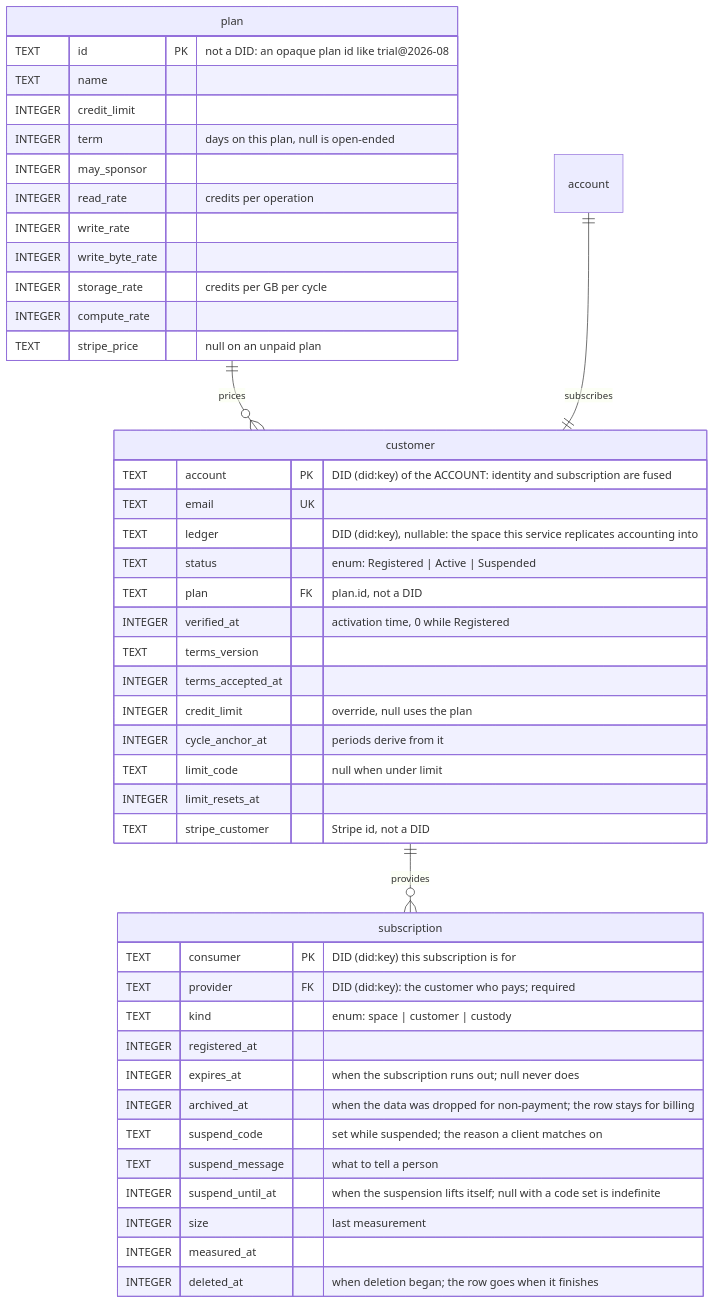
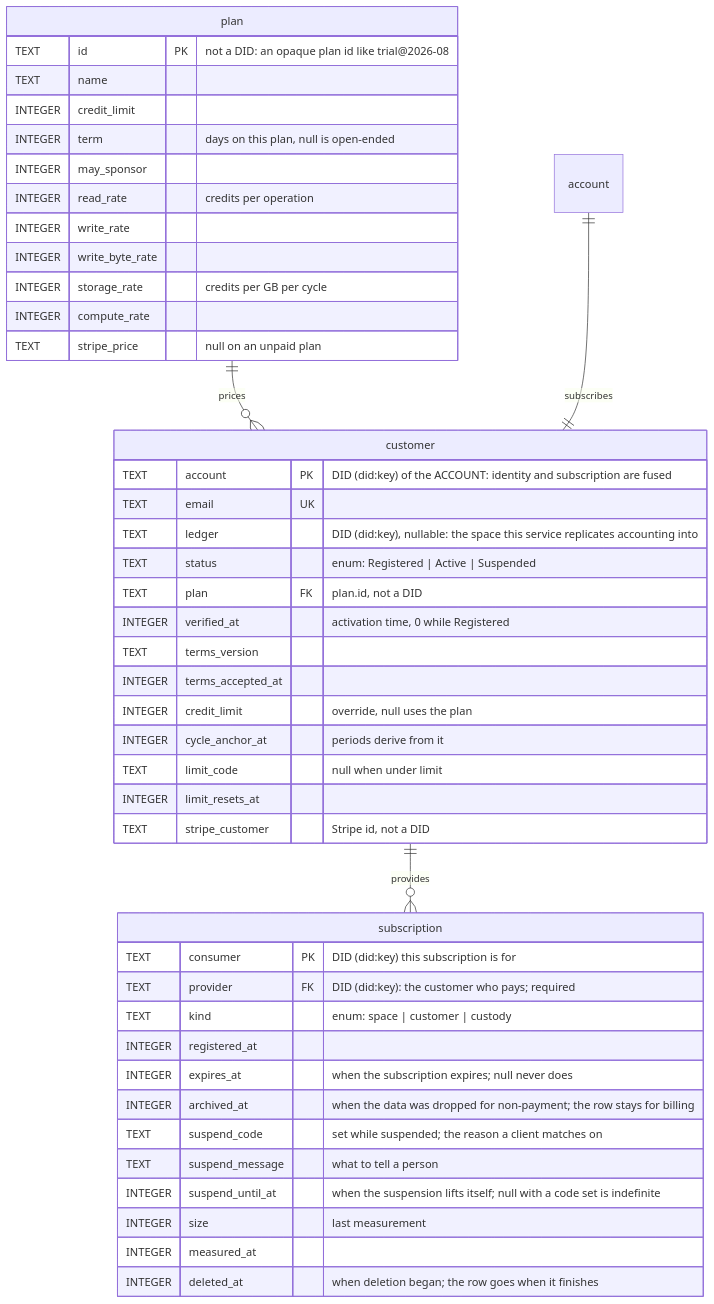
Before and after one commit to tonk-labs/tonk: the first of 4 diagrams in docs/access-control-schema.md, drawn with Mermaid. The commit also changed other lines of this file and 4 other files, not shown here.

````diff
--- a/docs/access-control-schema.md
+++ b/docs/access-control-schema.md
@@ -13,51 +13,51 @@
 ```mermaid
 erDiagram
     plan ||--o{ customer : prices
     account ||--|| customer : subscribes
     customer ||--o{ subscription : provides
 
     plan {
         TEXT id PK "not a DID: an opaque plan id like trial@2026-08"
         TEXT name
         INTEGER credit_limit
         INTEGER term "days on this plan, null is open-ended"
         INTEGER may_sponsor
         INTEGER read_rate "credits per operation"
         INTEGER write_rate
         INTEGER write_byte_rate
         INTEGER storage_rate "credits per GB per cycle"
         INTEGER compute_rate
         TEXT stripe_price "null on an unpaid plan"
     }
 
     customer {
         TEXT account PK "DID (did:key) of the ACCOUNT: identity and subscription are fused"
         TEXT email UK
         TEXT ledger "DID (did:key), nullable: the space this service replicates accounting into"
         TEXT status "enum: Registered | Active | Suspended"
         TEXT plan FK "plan.id, not a DID"
         INTEGER verified_at "activation time, 0 while Registered"
         TEXT terms_version
         INTEGER terms_accepted_at
         INTEGER credit_limit "override, null uses the plan"
         INTEGER cycle_anchor_at "periods derive from it"
         TEXT limit_code "null when under limit"
         INTEGER limit_resets_at
         TEXT stripe_customer "Stripe id, not a DID"
     }
 
     subscription {
         TEXT consumer PK "DID (did:key) this subscription is for"
         TEXT provider FK "DID (did:key): the customer who pays; required"
         TEXT kind "enum: space | customer | custody"
         INTEGER registered_at
-        INTEGER expires_at "when the subscription runs out; null never does"
+        INTEGER expires_at "when the subscription expires; null never does"
         INTEGER archived_at "when the data was dropped for non-payment; the row stays for billing"
         TEXT suspend_code "set while suspended; the reason a client matches on"
         TEXT suspend_message "what to tell a person"
         INTEGER suspend_until_at "when the suspension lifts itself; null with a code set is indefinite"
         INTEGER size "last measurement"
         INTEGER measured_at
         INTEGER deleted_at "when deletion began; the row goes when it finishes"
     }
 ```
````
